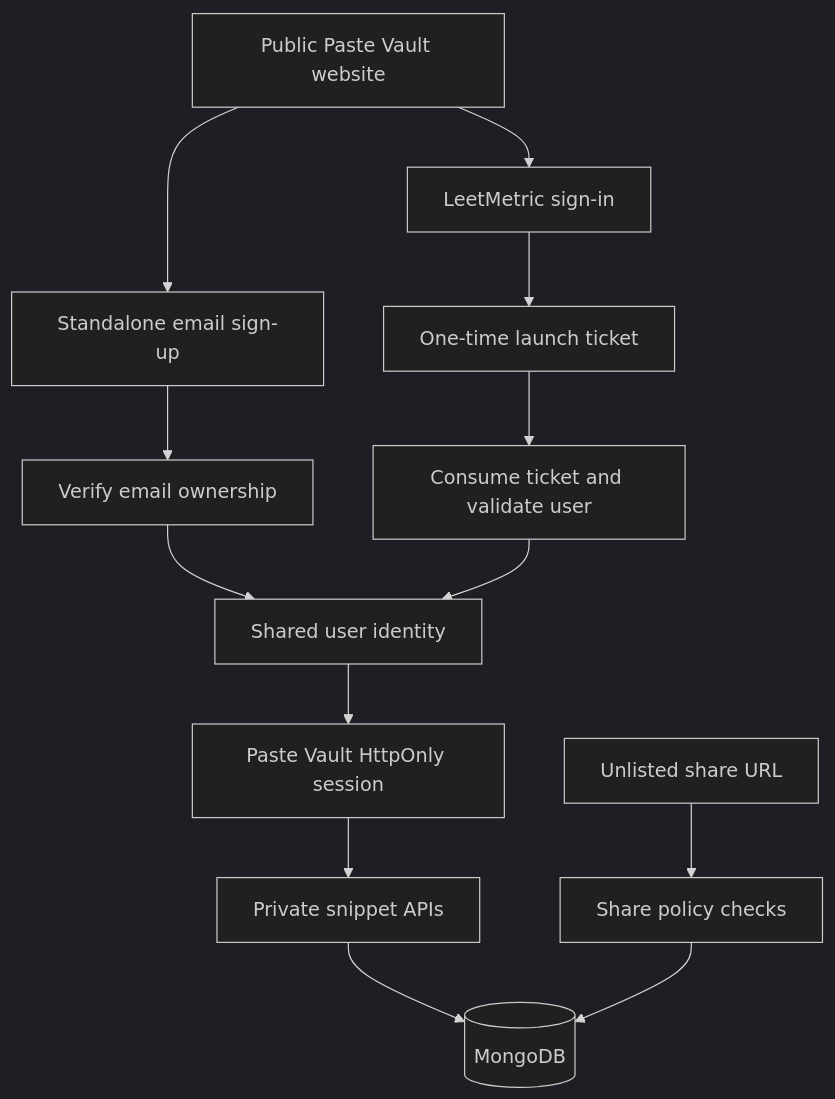
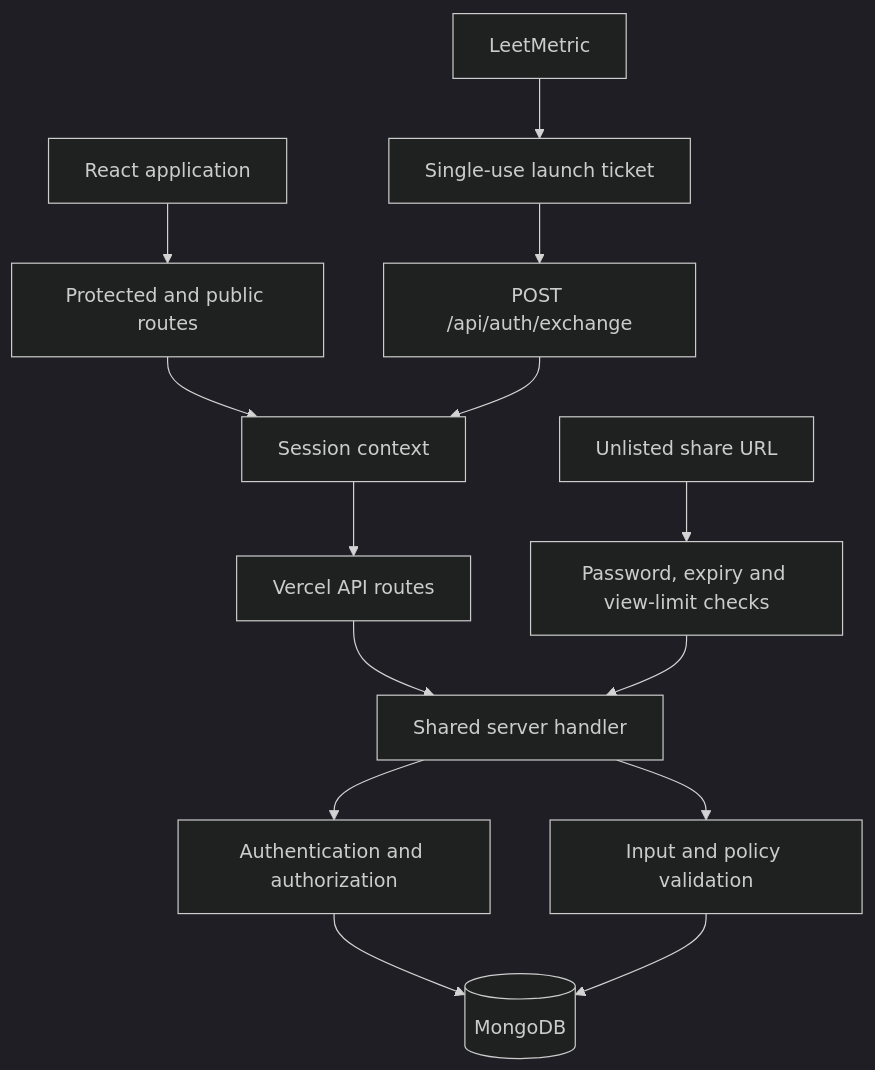
One commit to naitik2043/Paste-App changed the diagram in README.md. Above: the diagram before and after it, drawn with Mermaid (dark theme). The commit also changed other lines of this file, not shown here.

Commit message:
docs: overhaul README with architecture and product documentation

````diff
--- a/README.md
+++ b/README.md
@@ -120,15 +159,18 @@
 ```mermaid
 flowchart TD
-    A[Public Paste Vault website] --> B[Standalone email sign-up]
-    A --> C[LeetMetric sign-in]
-    B --> D[Verify email ownership]
-    D --> E[Shared user identity]
-    C --> F[One-time launch ticket]
-    F --> G[Consume ticket and validate user]
-    G --> E
-    E --> H[Paste Vault HttpOnly session]
-    H --> I[Private snippet APIs]
-    I --> J[(MongoDB)]
-    K[Unlisted share URL] --> L[Share policy checks]
-    L --> J
+    Browser[React application] --> Routes[Protected and public routes]
+    Routes --> Session[Session context]
+    Session --> API[Vercel API routes]
+    API --> Handler[Shared server handler]
+    Handler --> Auth[Authentication and authorization]
+    Handler --> Validation[Input and policy validation]
+    Auth --> DB[(MongoDB)]
+    Validation --> DB
+
+    LM[LeetMetric] --> Ticket[Single-use launch ticket]
+    Ticket --> Exchange[POST /api/auth/exchange]
+    Exchange --> Session
+
+    Share[Unlisted share URL] --> SharePolicy[Password, expiry and view-limit checks]
+    SharePolicy --> Handler
 ```
````
